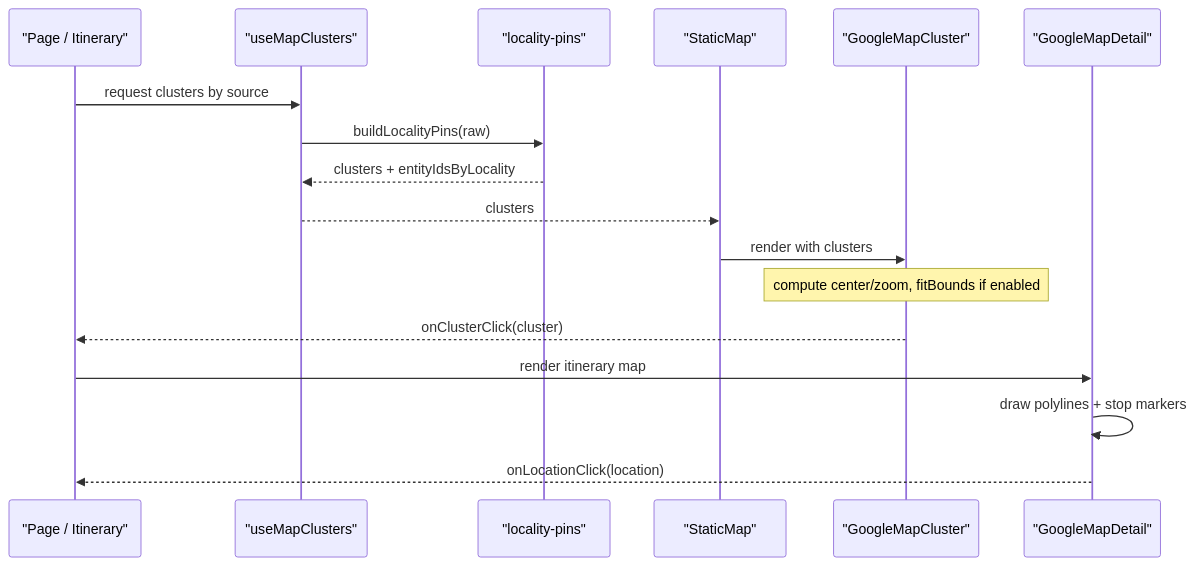
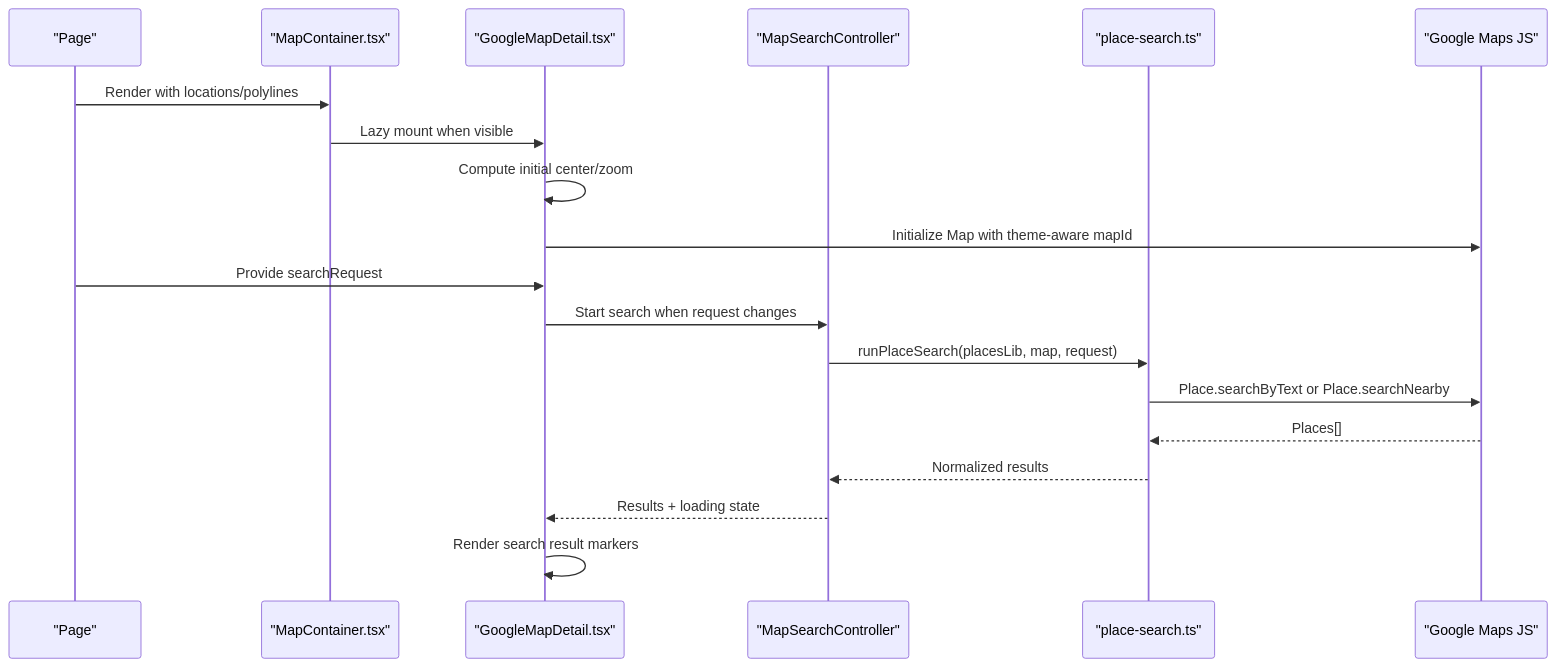
Before and after one commit to Meaetin/alibaba-hackathon: the second of 7 diagrams in .qoder/repowiki/en/content/Map Integration/Map Integration.md, drawn with Mermaid. The commit also changed other lines of this file and 241 other files, not shown here.

````diff
--- a/.qoder/repowiki/en/content/Map Integration/Map Integration.md
+++ b/.qoder/repowiki/en/content/Map Integration/Map Integration.md
@@ -103,19 +114,21 @@
 ```mermaid
 sequenceDiagram
-participant Page as "Page / Itinerary"
-participant Hook as "useMapClusters"
-participant Pins as "locality-pins"
-participant Static as "StaticMap"
-participant Cluster as "GoogleMapCluster"
-participant Detail as "GoogleMapDetail"
-Page->>Hook : request clusters by source
-Hook->>Pins : buildLocalityPins(raw)
-Pins-->>Hook : clusters + entityIdsByLocality
-Hook-->>Static : clusters
-Static->>Cluster : render with clusters
-Note over Cluster : compute center/zoom, fitBounds if enabled
-Cluster-->>Page : onClusterClick(cluster)
-Page->>Detail : render itinerary map
-Detail->>Detail : draw polylines + stop markers
-Detail-->>Page : onLocationClick(location)
+participant UI as "Page"
+participant MC as "MapContainer.tsx"
+participant MD as "GoogleMapDetail.tsx"
+participant MSC as "MapSearchController"
+participant PS as "place-search.ts"
+participant GM as "Google Maps JS"
+UI->>MC : Render with locations/polylines
+MC->>MD : Lazy mount when visible
+MD->>MD : Compute initial center/zoom
+MD->>GM : Initialize Map with theme-aware mapId
+UI->>MD : Provide searchRequest
+MD->>MSC : Start search when request changes
+MSC->>PS : runPlaceSearch(placesLib, map, request)
+PS->>GM : Place.searchByText or Place.searchNearby
+GM-->>PS : Places[]
+PS-->>MSC : Normalized results
+MSC-->>MD : Results + loading state
+MD->>MD : Render search result markers
 ```
````
